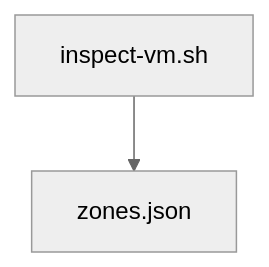
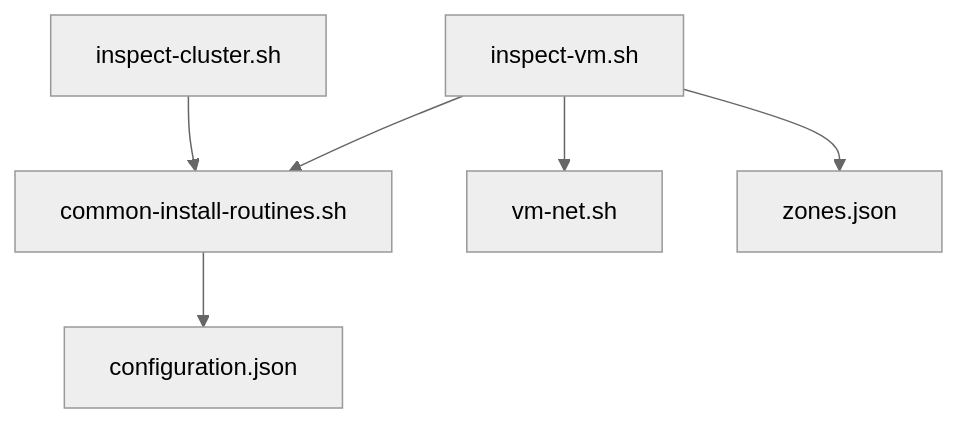
Before and after one commit to TAPPaaS/TAPPaaS: diagram 14 of 14 in src/foundation/DEPENDENCIES.md, drawn with Mermaid (neutral theme). The commit also changed other lines of this file and 3 other files, not shown here.

Commit message:
updated dependency graphs

````diff
--- a/src/foundation/DEPENDENCIES.md
+++ b/src/foundation/DEPENDENCIES.md
@@ -328,4 +392,8 @@
 ```mermaid
 graph TD
-    A["inspect-vm.sh"] --> B["zones.json"]
+    A["inspect-cluster.sh"] --> B["common-install-routines.sh"]
+    C["inspect-vm.sh"] --> B
+    C --> V["vm-net.sh"]
+    C --> Z["zones.json"]
+    B --> D["configuration.json"]
 ```
````
